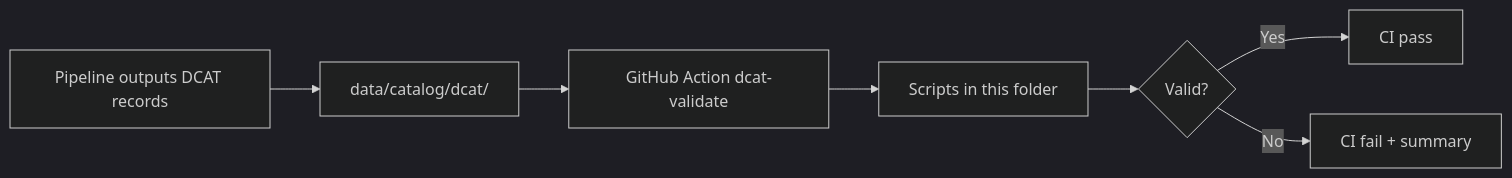
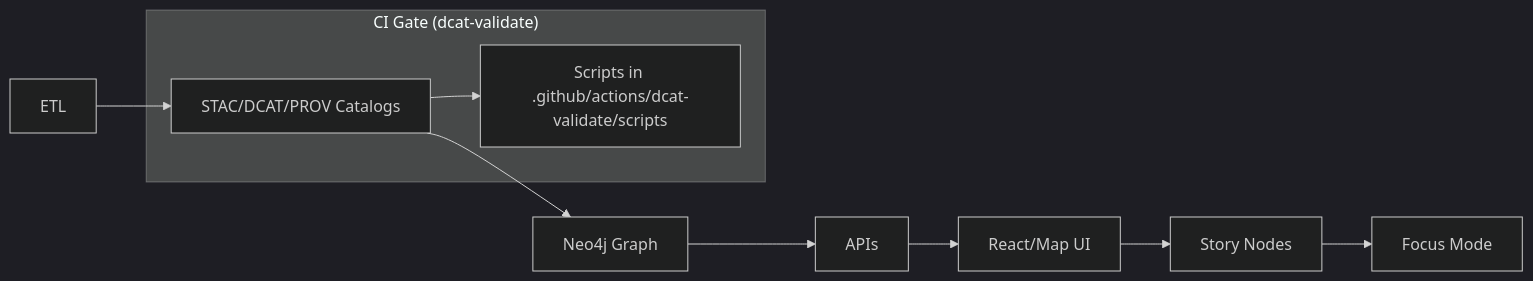
The first of 2 diagrams in .github/actions/dcat-validate/scripts/README.md (bartytime4life/Kansas-Frontier-Matrix), drawn with Mermaid (dark theme) before and after one commit. The commit also changed other lines of this file, not shown here.

```diff
--- a/.github/actions/dcat-validate/scripts/README.md
+++ b/.github/actions/dcat-validate/scripts/README.md
@@ -155,9 +157,13 @@
 ~~~mermaid
 flowchart LR
-  A[Pipeline outputs DCAT records] --> B[data/catalog/dcat/]
-  B --> C[GitHub Action dcat-validate]
-  C --> D[Scripts in this folder]
-  D --> E{Valid?}
-  E -- Yes --> F[CI pass]
-  E -- No --> G[CI fail + summary]
+  A[ETL] --> B[STAC/DCAT/PROV Catalogs]
+  B --> C[Neo4j Graph]
+  C --> D[APIs]
+  D --> E[React/Map UI]
+  E --> F[Story Nodes]
+  F --> G[Focus Mode]
+
+  subgraph CI["CI Gate (dcat-validate)"]
+    B --> V[Scripts in .github/actions/dcat-validate/scripts]
+  end
 ~~~
```
